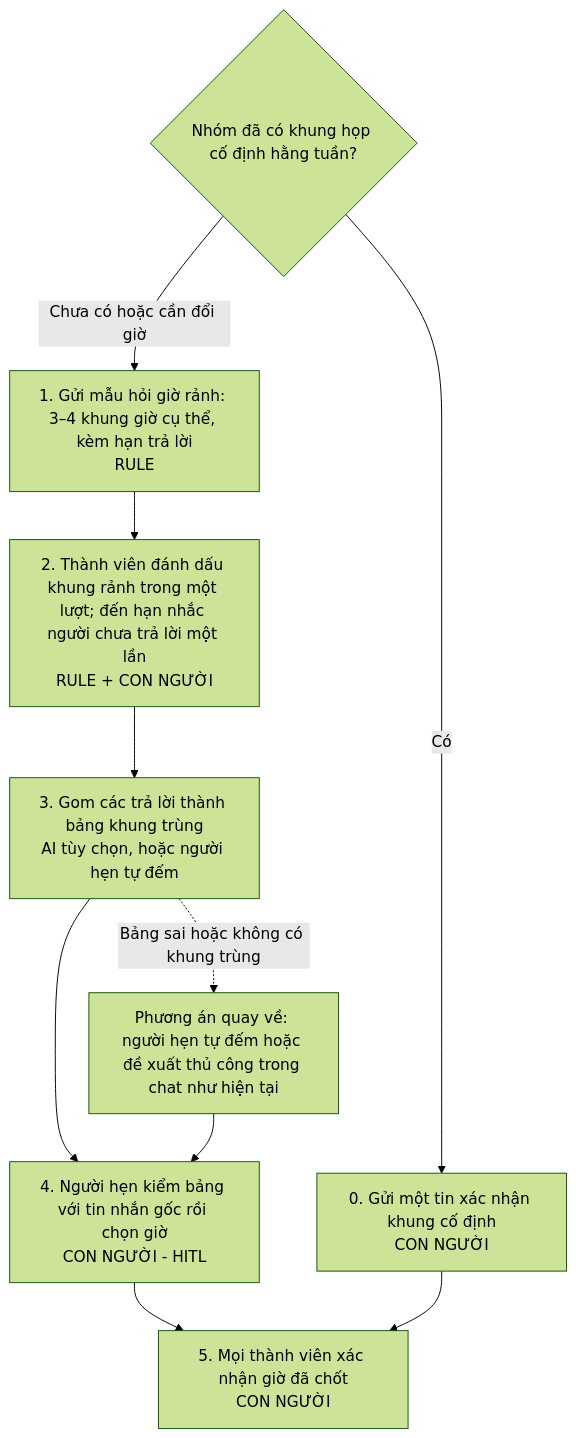
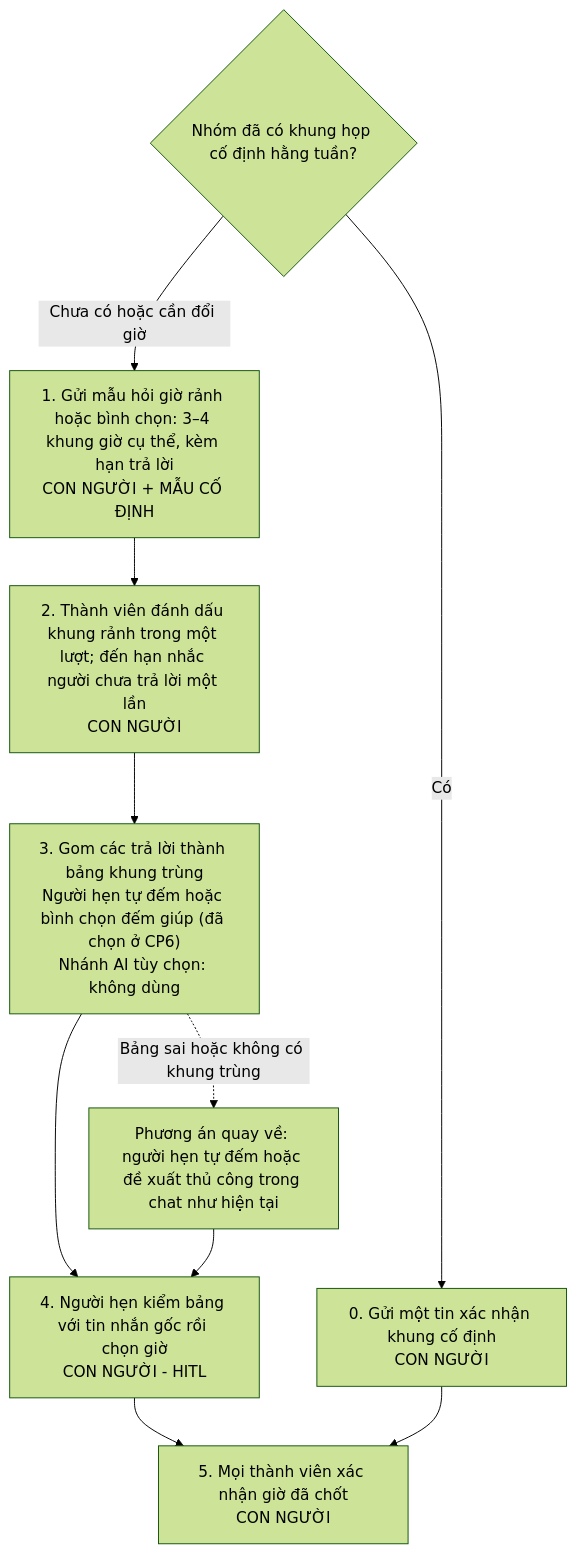
Before and after one commit to duyhale95/K5-L3B-DAY02-UIT-DiscoveryProblemFraming: the diagram in report/assets/cp5-workflow-future.mmd, drawn with Mermaid (forest theme). The commit also changed 1 other file, not shown here.

```diff
--- a/report/assets/cp5-workflow-future.mmd
+++ b/report/assets/cp5-workflow-future.mmd
@@ -1,11 +1,11 @@
 flowchart TD
   F0{"Nhóm đã có khung họp cố định hằng tuần?"}
   F0 -->|"Có"| F6["0. Gửi một tin xác nhận khung cố định<br/>CON NGƯỜI"]
-  F0 -->|"Chưa có hoặc cần đổi giờ"| F1["1. Gửi mẫu hỏi giờ rảnh: 3–4 khung giờ cụ thể, kèm hạn trả lời<br/>RULE"]
-  F1 --> F2["2. Thành viên đánh dấu khung rảnh trong một lượt; đến hạn nhắc người chưa trả lời một lần<br/>RULE + CON NGƯỜI"]
-  F2 --> F3["3. Gom các trả lời thành bảng khung trùng<br/>AI tùy chọn, hoặc người hẹn tự đếm"]
+  F0 -->|"Chưa có hoặc cần đổi giờ"| F1["1. Gửi mẫu hỏi giờ rảnh hoặc bình chọn: 3–4 khung giờ cụ thể, kèm hạn trả lời<br/>CON NGƯỜI + MẪU CỐ ĐỊNH"]
+  F1 --> F2["2. Thành viên đánh dấu khung rảnh trong một lượt; đến hạn nhắc người chưa trả lời một lần<br/>CON NGƯỜI"]
+  F2 --> F3["3. Gom các trả lời thành bảng khung trùng<br/>Người hẹn tự đếm hoặc bình chọn đếm giúp (đã chọn ở CP6)<br/>Nhánh AI tùy chọn: không dùng"]
   F3 --> F4["4. Người hẹn kiểm bảng với tin nhắn gốc rồi chọn giờ<br/>CON NGƯỜI - HITL"]
   F4 --> F5["5. Mọi thành viên xác nhận giờ đã chốt<br/>CON NGƯỜI"]
   F6 --> F5
   F3 -.->|"Bảng sai hoặc không có khung trùng"| R["Phương án quay về: người hẹn tự đếm hoặc đề xuất thủ công trong chat như hiện tại"]
   R --> F4
```
